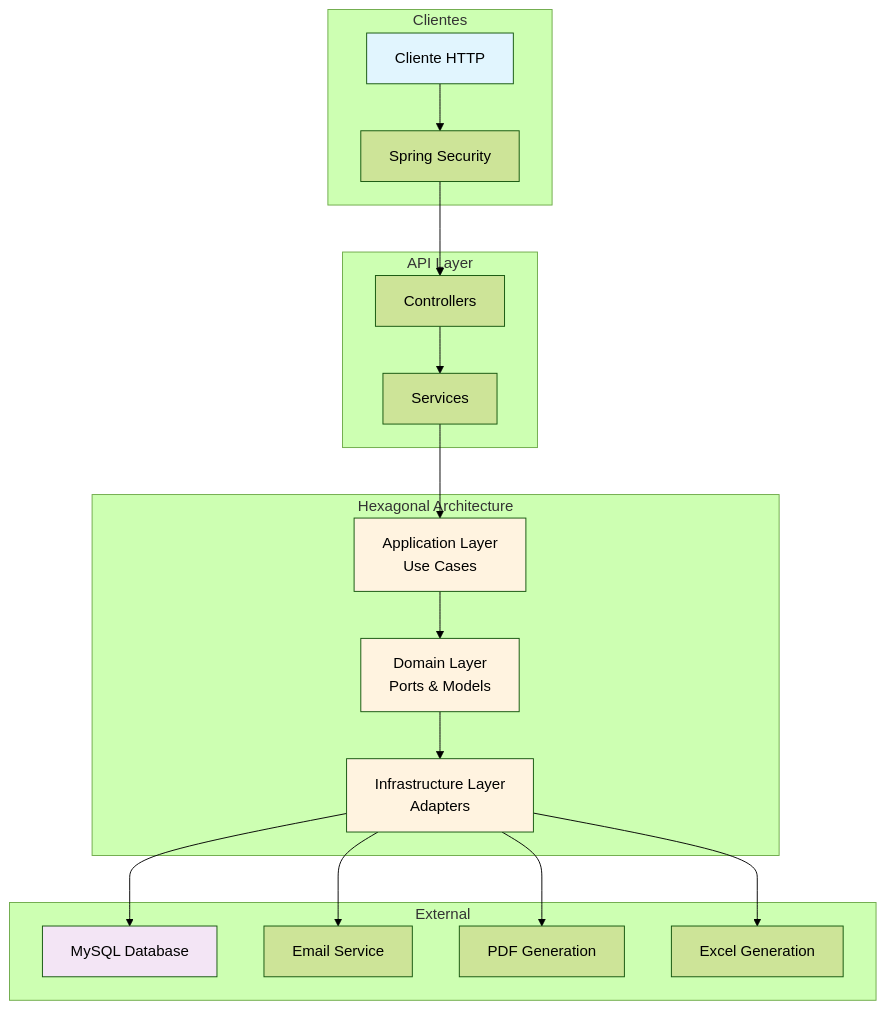
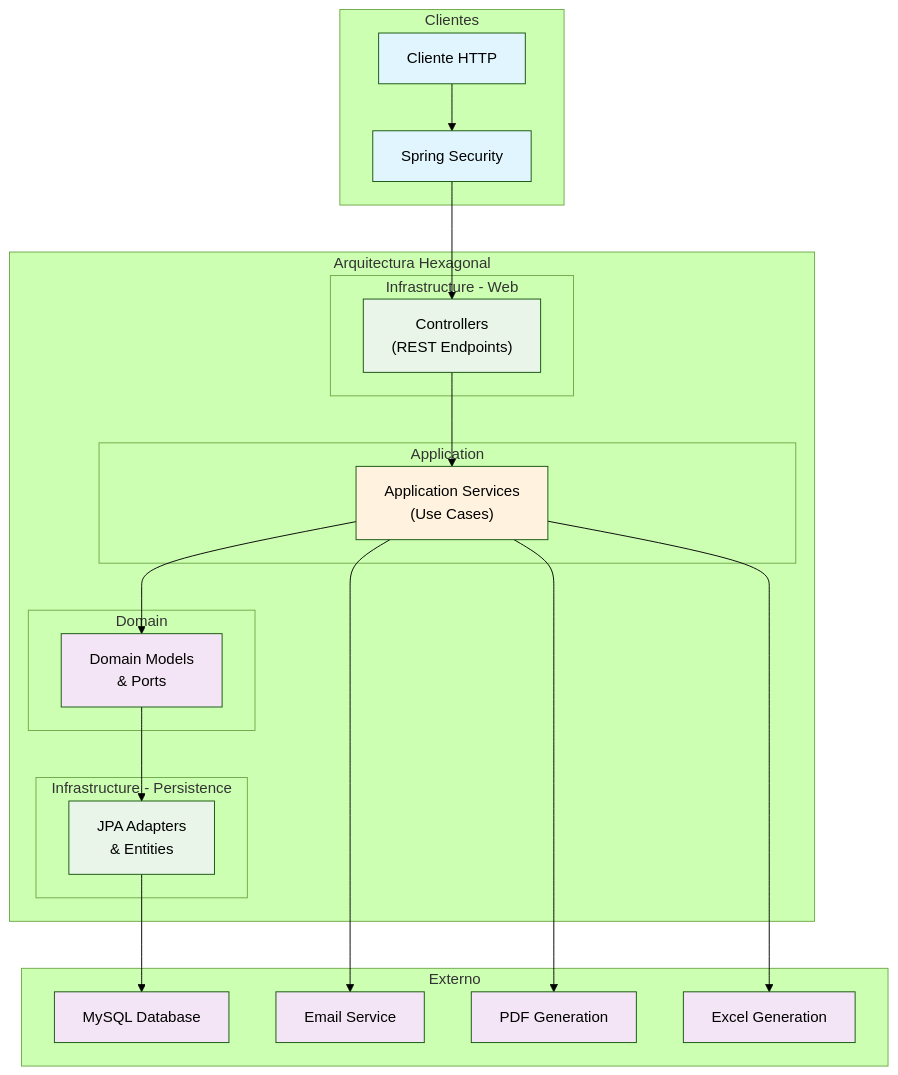
The diagram in docs/diagrams/arquitectura-facultad-service.mmd (UM-services/UM.facultad.core-service), drawn with Mermaid (forest theme) before and after one commit. The commit also changed 165 other files, not shown here.

First line of the commit message:
refactor(core): migrate legacy modules to hexagonal architecture

```diff
--- a/docs/diagrams/arquitectura-facultad-service.mmd
+++ b/docs/diagrams/arquitectura-facultad-service.mmd
@@ -1,28 +1,46 @@
 graph TB
-    subgraph "Clientes"
-        A[Cliente HTTP] --> B[Spring Security]
+    subgraph Clientes ["Clientes"]
+        A["Cliente HTTP"] --> B["Spring Security"]
     end
 
-    subgraph "API Layer"
-        B --> C[Controllers]
-        C --> D[Services]
+    subgraph Hexagonal ["Arquitectura Hexagonal"]
+        subgraph Web ["Infrastructure - Web"]
+            C["Controllers<br/>(REST Endpoints)"]
+        end
+        subgraph App ["Application"]
+            D["Application Services<br/>(Use Cases)"]
+        end
+        subgraph Domain ["Domain"]
+            E["Domain Models<br/>& Ports"]
+        end
+        subgraph Persistence ["Infrastructure - Persistence"]
+            F["JPA Adapters<br/>& Entities"]
+        end
+        C --> D
+        D --> E
+        E --> F
     end
 
-    subgraph "Hexagonal Architecture"
-        D --> E[Application Layer<br/>Use Cases]
-        E --> F[Domain Layer<br/>Ports & Models]
-        F --> G[Infrastructure Layer<br/>Adapters]
+    subgraph External ["Externo"]
+        G["MySQL Database"]
+        H["Email Service"]
+        I["PDF Generation"]
+        J["Excel Generation"]
     end
 
-    subgraph "External"
-        G --> H[MySQL Database]
-        G --> I[Email Service]
-        G --> J[PDF Generation]
-        G --> K[Excel Generation]
-    end
+    B --> C
+    F --> G
+    D --> H
+    D --> I
+    D --> J
 
     style A fill:#e1f5fe
+    style B fill:#e1f5fe
+    style C fill:#e8f5e8
+    style D fill:#fff3e0
+    style E fill:#f3e5f5
+    style F fill:#e8f5e8
+    style G fill:#f3e5f5
     style H fill:#f3e5f5
-    style E fill:#fff3e0
-    style F fill:#fff3e0
-    style G fill:#fff3e0
+    style I fill:#f3e5f5
+    style J fill:#f3e5f5
```
